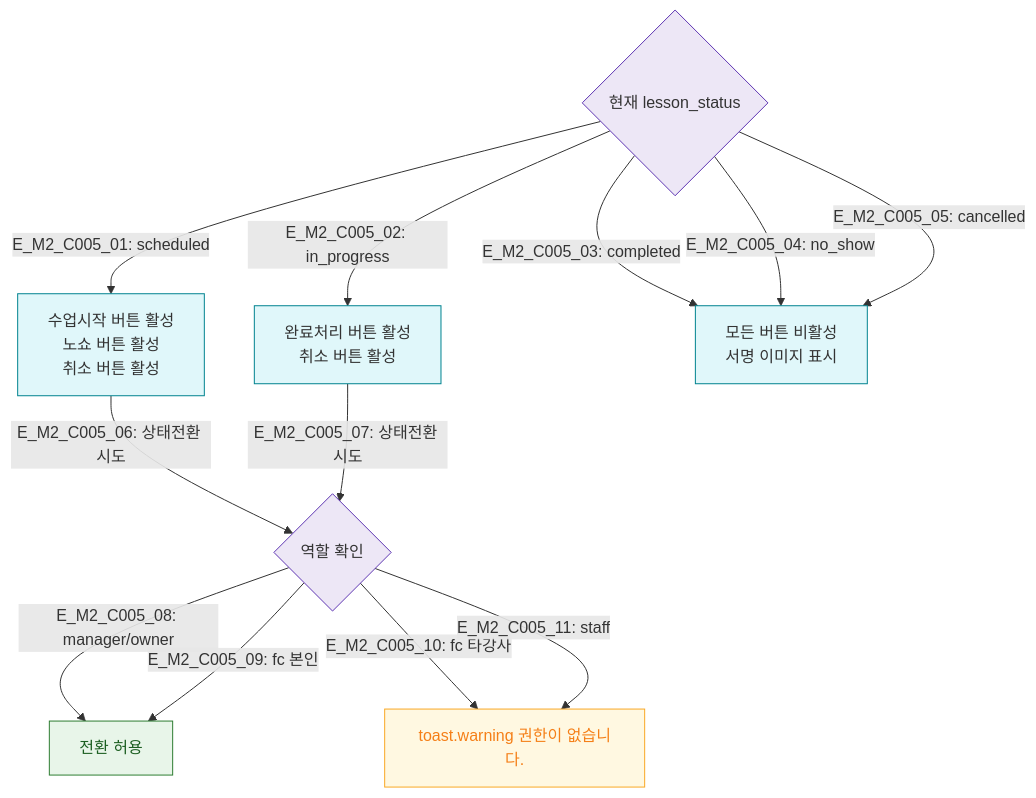
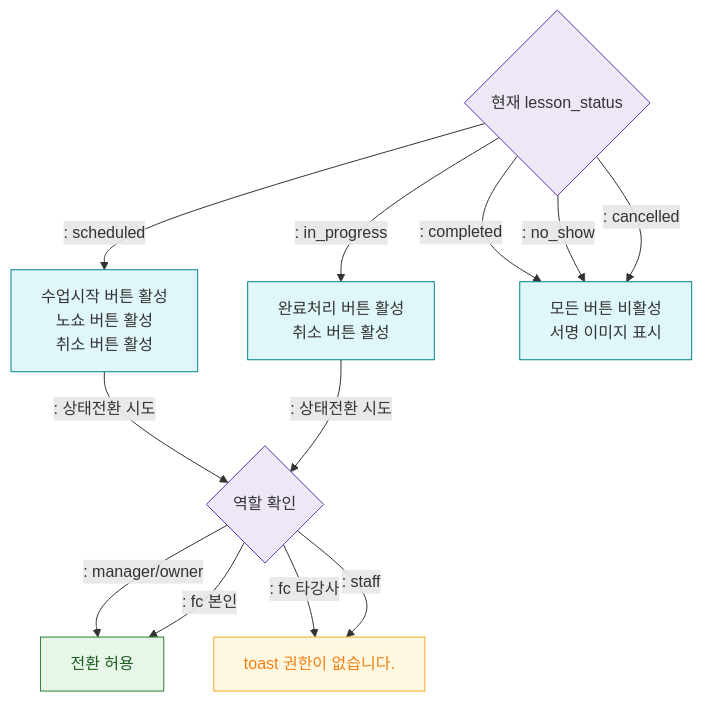
One commit to dev-spogym/admin-pando changed the diagram in docs/다이어그램/D04_수업관리/DLG/DLG-C005_수업기록상세/M2_필드검증.md. Above: the diagram before and after it, drawn with Mermaid. The commit also changed other lines of this file and 1660 other files, not shown here.

First line of the commit message:
다이어그램: 기획자/클라이언트 납품본으로 정리

````diff
--- a/docs/다이어그램/D04_수업관리/DLG/DLG-C005_수업기록상세/M2_필드검증.md
+++ b/docs/다이어그램/D04_수업관리/DLG/DLG-C005_수업기록상세/M2_필드검증.md
@@ -20,26 +18,26 @@
 ```mermaid
 flowchart TD
-  StatusCheck{현재 lesson_status} -->|"E_M2_C005_01: scheduled"| ShowStart[수업시작 버튼 활성\n노쇼 버튼 활성\n취소 버튼 활성]
-  StatusCheck -->|"E_M2_C005_02: in_progress"| ShowComplete[완료처리 버튼 활성\n취소 버튼 활성]
-  StatusCheck -->|"E_M2_C005_03: completed"| ReadOnly[모든 버튼 비활성\n서명 이미지 표시]
-  StatusCheck -->|"E_M2_C005_04: no_show"| ReadOnly
-  StatusCheck -->|"E_M2_C005_05: cancelled"| ReadOnly
+  StatusCheck{현재 lesson_status} -->|": scheduled"|ShowStart[수업시작 버튼 활성\n노쇼 버튼 활성\n취소 버튼 활성]
+  StatusCheck -->|": in_progress"|ShowComplete[완료처리 버튼 활성\n취소 버튼 활성]
+  StatusCheck -->|": completed"|ReadOnly[모든 버튼 비활성\n서명 이미지 표시]
+  StatusCheck -->|": no_show"|ReadOnly
+  StatusCheck -->|": cancelled"|ReadOnly
 
-  ShowStart -->|"E_M2_C005_06: 상태전환 시도"| RoleCheck{역할 확인}
-  ShowComplete -->|"E_M2_C005_07: 상태전환 시도"| RoleCheck
-  RoleCheck -->|"E_M2_C005_08: manager/owner"| Allow[전환 허용]
-  RoleCheck -->|"E_M2_C005_09: fc 본인"| Allow
-  RoleCheck -->|"E_M2_C005_10: fc 타강사"| Blocked[toast.warning 권한이 없습니다.]
-  RoleCheck -->|"E_M2_C005_11: staff"| Blocked
+  ShowStart -->|": 상태전환 시도"|RoleCheck{역할 확인}
+  ShowComplete -->|": 상태전환 시도"|RoleCheck
+  RoleCheck -->|": manager/owner"|Allow[전환 허용]
+  RoleCheck -->|": fc 본인"|Allow
+  RoleCheck -->|": fc 타강사"|Blocked[toast 권한이 없습니다.]
+  RoleCheck -->|": staff"|Blocked
 
   classDef system fill:#EDE7F6,stroke:#5E35B2
   classDef success fill:#E8F5E9,stroke:#2E7D32,color:#1B5E20
   classDef error fill:#FFEBEE,stroke:#C62828,color:#B71C1C
   classDef warning fill:#FFF8E1,stroke:#F9A825,color:#F57F17
   classDef info fill:#E0F7FA,stroke:#00838F
   class StatusCheck,RoleCheck system
   class Allow success
   class Blocked warning
   class ReadOnly info
   class ShowStart,ShowComplete info
 ```
````
